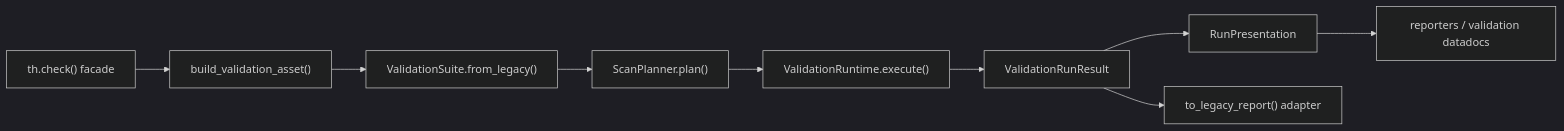
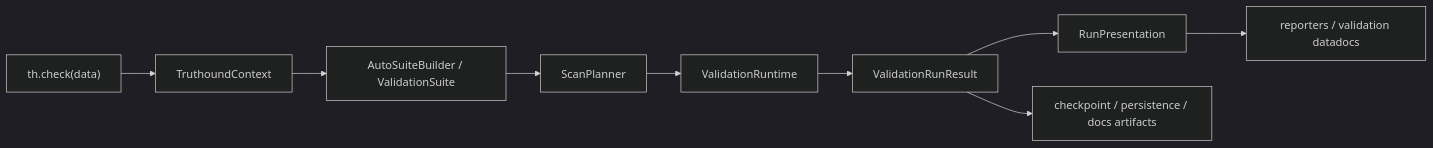
The diagram in docs/concepts/architecture.md (seadonggyun4/truthound), drawn with Mermaid (dark theme) before and after one commit. The commit also changed other lines of this file and 87 other files, not shown here.

````diff
--- a/docs/concepts/architecture.md
+++ b/docs/concepts/architecture.md
@@ -28,11 +43,11 @@
 ```mermaid
 flowchart LR
-    A["th.check() facade"] --> B["build_validation_asset()"]
-    B --> C["ValidationSuite.from_legacy()"]
-    C --> D["ScanPlanner.plan()"]
-    D --> E["ValidationRuntime.execute()"]
+    A["th.check(data)"] --> B["TruthoundContext"]
+    B --> C["AutoSuiteBuilder / ValidationSuite"]
+    C --> D["ScanPlanner"]
+    D --> E["ValidationRuntime"]
     E --> F["ValidationRunResult"]
     F --> G["RunPresentation"]
     G --> H["reporters / validation datadocs"]
-    F --> I["to_legacy_report() adapter"]
+    F --> I["checkpoint / persistence / docs artifacts"]
 ```
````
